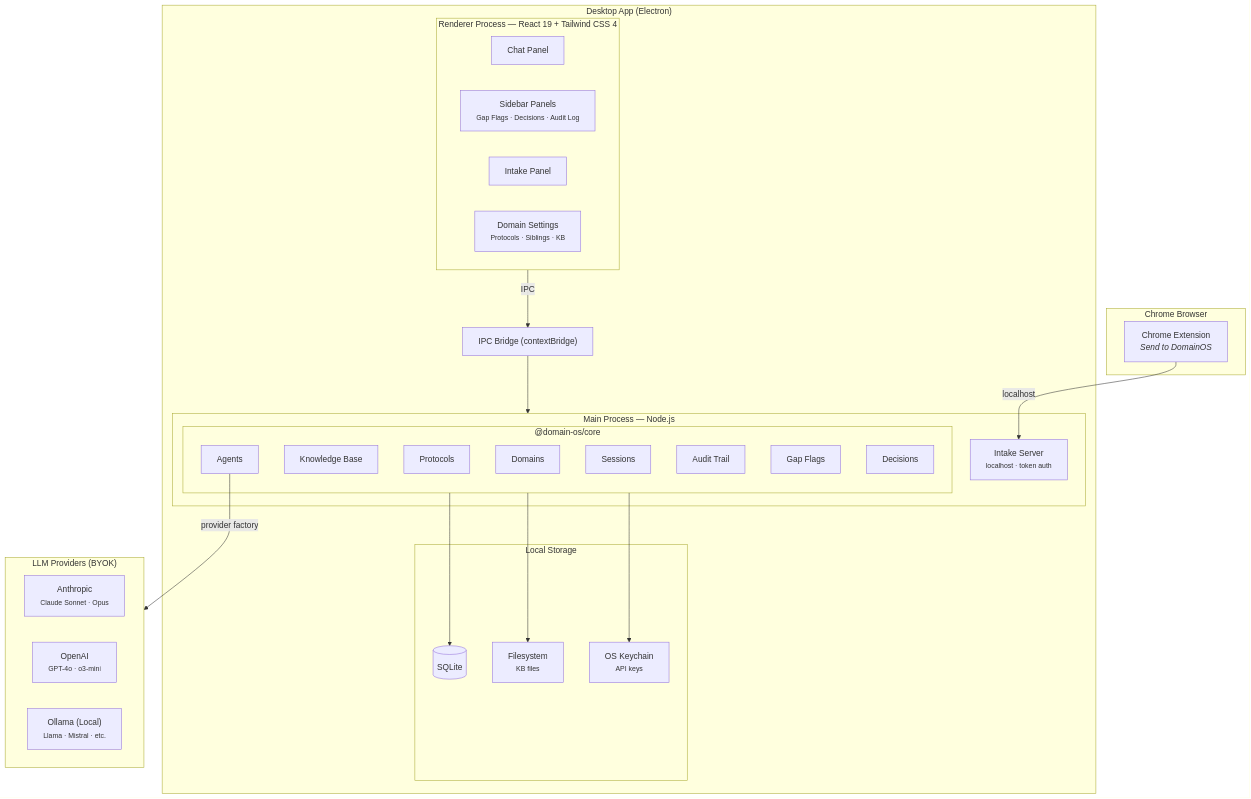
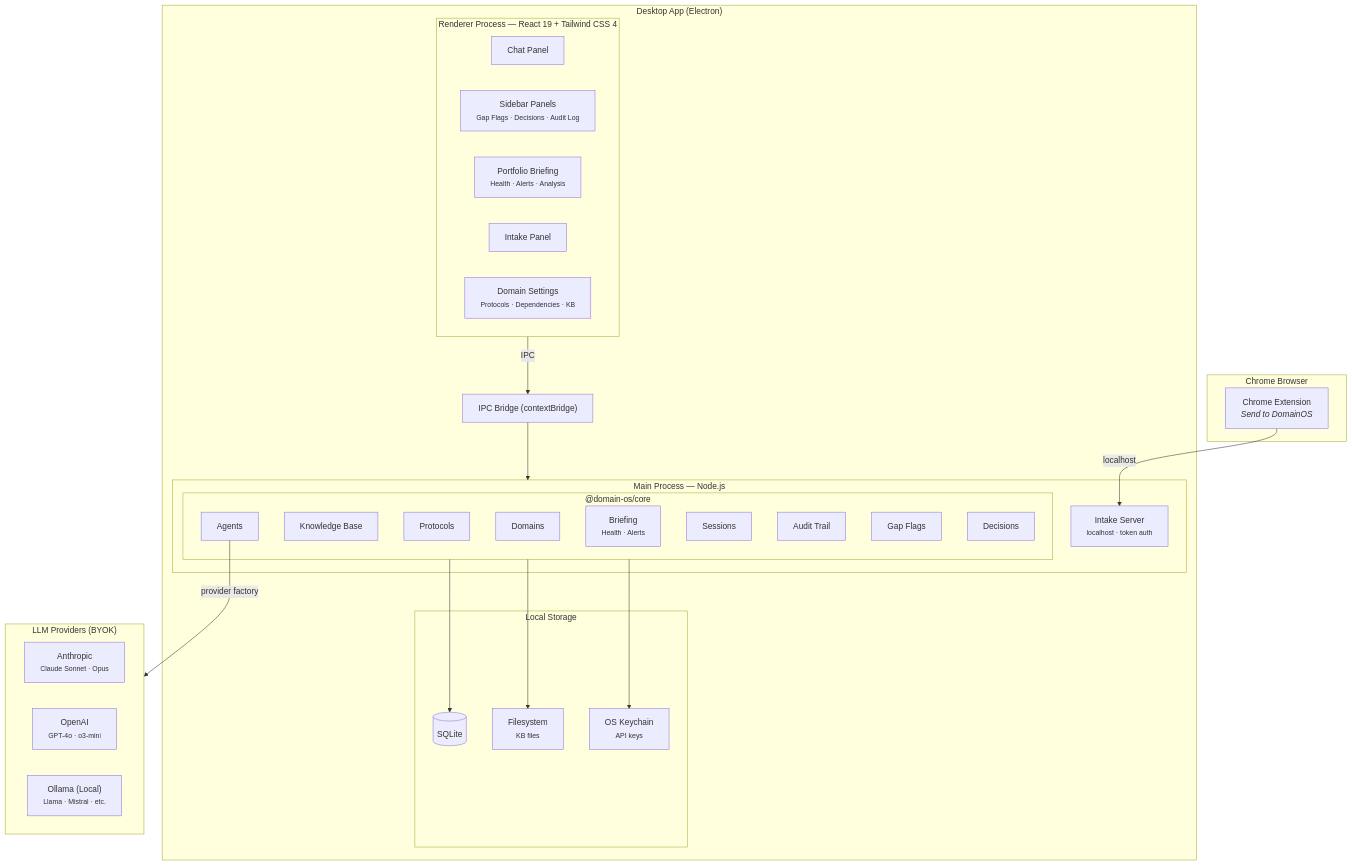
One commit to quiet-coder-io/DomainOS changed the first of 3 diagrams in README.md. Above: the diagram before and after it, drawn with Mermaid. The commit also changed other lines of this file and 1 other file, not shown here.

First line of the commit message:
Update docs for portfolio briefing, relationships, and KB watching

````diff
--- a/README.md
+++ b/README.md
@@ -69,50 +78,52 @@
 ```mermaid
 graph TB
     subgraph Browser["Chrome Browser"]
         EXT["Chrome Extension<br/><i>Send to DomainOS</i>"]
     end
 
     subgraph Electron["Desktop App (Electron)"]
         subgraph Renderer["Renderer Process — React 19 + Tailwind CSS 4"]
             CHAT["Chat Panel"]
             SIDEBAR["Sidebar Panels<br/><small>Gap Flags · Decisions · Audit Log</small>"]
+            BRIEFING["Portfolio Briefing<br/><small>Health · Alerts · Analysis</small>"]
             INTAKE["Intake Panel"]
-            SETTINGS["Domain Settings<br/><small>Protocols · Siblings · KB</small>"]
+            SETTINGS["Domain Settings<br/><small>Protocols · Dependencies · KB</small>"]
         end
 
         IPC["IPC Bridge (contextBridge)"]
 
         subgraph Main["Main Process — Node.js"]
             subgraph Core["@domain-os/core"]
                 DOMAINS[Domains]
                 KB[Knowledge Base]
                 PROTOCOLS[Protocols]
                 AGENTS[Agents]
+                BRIEFMOD["Briefing<br/><small>Health · Alerts</small>"]
                 SESSIONS[Sessions]
                 AUDIT[Audit Trail]
                 GAPFLAGS[Gap Flags]
                 DECISIONS[Decisions]
             end
             INTAKESVR["Intake Server<br/><small>localhost · token auth</small>"]
         end
 
         subgraph Storage["Local Storage"]
             SQLITE[(SQLite)]
             FS["Filesystem<br/><small>KB files</small>"]
             KEYCHAIN["OS Keychain<br/><small>API keys</small>"]
         end
     end
 
     subgraph LLM["LLM Providers (BYOK)"]
         ANTHROPIC["Anthropic<br/><small>Claude Sonnet · Opus</small>"]
         OPENAI["OpenAI<br/><small>GPT-4o · o3-mini</small>"]
         OLLAMA["Ollama (Local)<br/><small>Llama · Mistral · etc.</small>"]
     end
 
     EXT -- "localhost" --> INTAKESVR
     Renderer -- "IPC" --> IPC --> Main
     AGENTS -- "provider factory" --> LLM
     Core --> SQLITE
     Core --> FS
     Core --> KEYCHAIN
 ```
````
